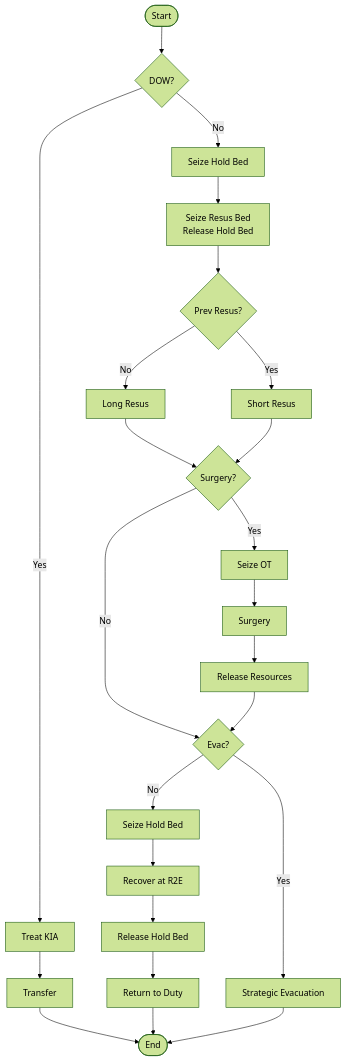
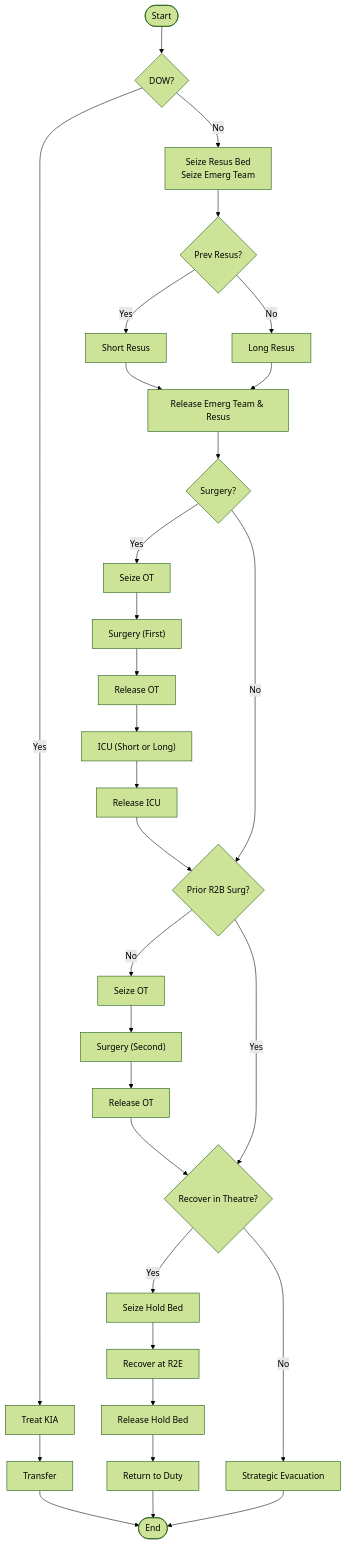
One commit to natosys/Battlefield-Casualty-Handling changed the fourth of 4 diagrams in README.md. Above: the diagram before and after it, drawn with Mermaid (forest theme). The commit also changed other lines of this file, not shown here.

Commit message:
docs: sync mermaid flow diagrams with actual R2E trajectory code
R2E diagram was significantly out of date — missing the ICU phase and
second surgery step, and incorrectly showing an initial hold bed before
resus that is not implemented in the code.

Changes:
- R2E diagram: remove phantom hold-bed-before-resus node; add ICU phase
  (short or long) after first surgery; add second surgery branch for
  casualties without prior R2B surgery; restructure disposition decision
  as "Recover in Theatre?" split
- R2E prose: correct "allocated to an initial holding bed" to "queue
  directly for a resuscitation bay" to match r2e_treat_wia() code
- R2B diagram: label surgery node as "Seize OT & Surg Team" to reflect
  that both the OT bed and surg_team are seized in the code

````diff
--- a/README.md
+++ b/README.md
@@ -860,26 +860,33 @@
 ```mermaid
 flowchart TD
     A(["Start"]) --> B{"DOW?"}
     B -- Yes --> C["Treat KIA"]
     C --> D["Transfer"]
-    D --> E(["End"])
-    B -- No --> F["Seize Hold Bed"]
-    F --> G["Seize Resus Bed <br> Release Hold Bed"]
-    G --> H{"Prev Resus?"}
-    H -- No --> I["Long Resus"]
-    H -- Yes --> J["Short Resus"]
-    I --> K{"Surgery?"}
-    J --> K
-    K -- Yes --> L["Seize OT"]
-    L --> M["Surgery"]
-    M --> N["Release Resources"]
-    K -- No --> O{"Evac?"}
-    N --> O
-    O -- No --> P["Seize Hold Bed"]
-    P --> Q["Recover at R2E"]
-    Q --> R["Release Hold Bed"]
-    R --> S["Return to Duty"]
-    O -- Yes --> T["Strategic Evacuation"]
-    S --> E
-    T --> E
+    D --> Z(["End"])
+    B -- No --> E["Seize Resus Bed <br> Seize Emerg Team"]
+    E --> F{"Prev Resus?"}
+    F -- Yes --> G["Short Resus"]
+    F -- No --> H["Long Resus"]
+    G --> I["Release Emerg Team & Resus"]
+    H --> I
+    I --> J{"Surgery?"}
+    J -- Yes --> K["Seize OT"]
+    K --> L["Surgery (First)"]
+    L --> M["Release OT"]
+    M --> N["ICU (Short or Long)"]
+    N --> O["Release ICU"]
+    O --> P{"Prior R2B Surg?"}
+    J -- No --> P
+    P -- No --> Q["Seize OT"]
+    Q --> R["Surgery (Second)"]
+    R --> S["Release OT"]
+    S --> T{"Recover in Theatre?"}
+    P -- Yes --> T
+    T -- Yes --> U["Seize Hold Bed"]
+    U --> V["Recover at R2E"]
+    V --> W["Release Hold Bed"]
+    W --> X["Return to Duty"]
+    X --> Z
+    T -- No --> Y["Strategic Evacuation"]
+    Y --> Z
 ```
````
